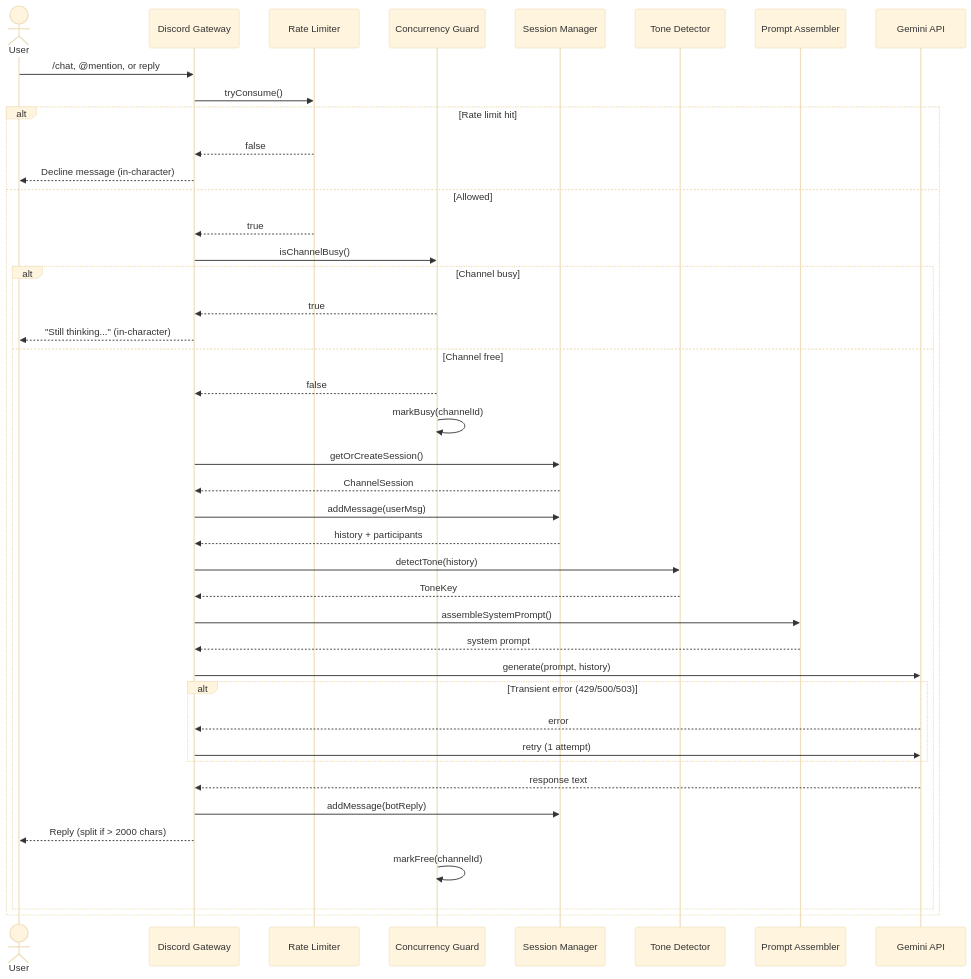
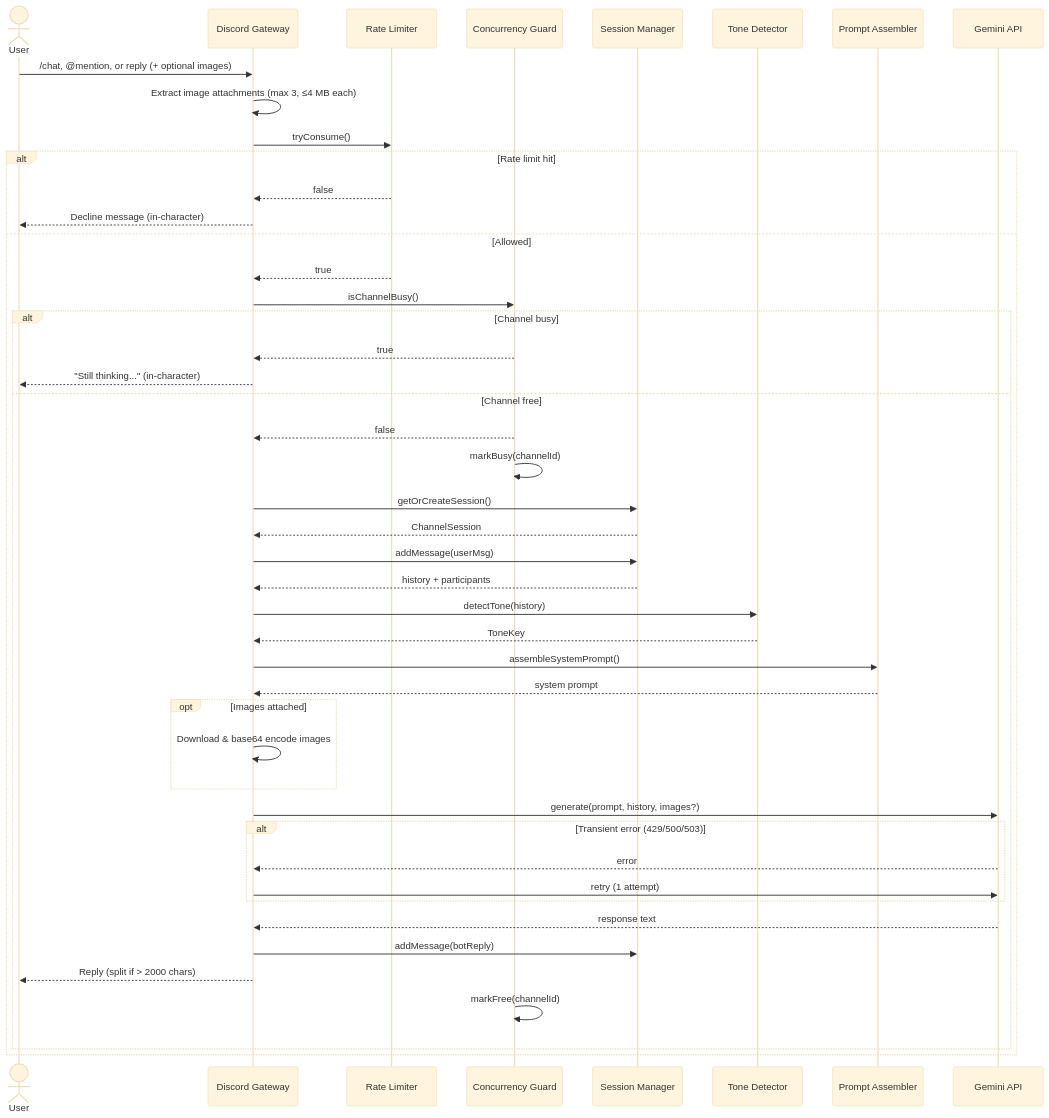
Before and after one commit to AlaskanTuna/rokabot: the third of 3 diagrams in README.md, drawn with Mermaid (base theme). The commit also changed other lines of this file, not shown here.

````diff
--- a/README.md
+++ b/README.md
@@ -209,51 +211,56 @@
 ```mermaid
 sequenceDiagram
     actor User
     participant Discord as Discord Gateway
     participant RL as Rate Limiter
     participant CG as Concurrency Guard
     participant SM as Session Manager
     participant TD as Tone Detector
     participant PA as Prompt Assembler
     participant Gemini as Gemini API
 
-    User->>Discord: /chat, @mention, or reply
+    User->>Discord: /chat, @mention, or reply (+ optional images)
+    Discord->>Discord: Extract image attachments (max 3, ≤4 MB each)
     Discord->>RL: tryConsume()
 
     alt Rate limit hit
         RL-->>Discord: false
         Discord-->>User: Decline message (in-character)
     else Allowed
         RL-->>Discord: true
         Discord->>CG: isChannelBusy()
         alt Channel busy
             CG-->>Discord: true
             Discord-->>User: "Still thinking..." (in-character)
         else Channel free
             CG-->>Discord: false
             CG->>CG: markBusy(channelId)
             Discord->>SM: getOrCreateSession()
             SM-->>Discord: ChannelSession
             Discord->>SM: addMessage(userMsg)
             SM-->>Discord: history + participants
 
             Discord->>TD: detectTone(history)
             TD-->>Discord: ToneKey
 
             Discord->>PA: assembleSystemPrompt()
             PA-->>Discord: system prompt
 
-            Discord->>Gemini: generate(prompt, history)
+            opt Images attached
+                Discord->>Discord: Download & base64 encode images
+            end
+
+            Discord->>Gemini: generate(prompt, history, images?)
 
             alt Transient error (429/500/503)
                 Gemini-->>Discord: error
                 Discord->>Gemini: retry (1 attempt)
             end
 
             Gemini-->>Discord: response text
             Discord->>SM: addMessage(botReply)
             Discord-->>User: Reply (split if > 2000 chars)
             CG->>CG: markFree(channelId)
         end
     end
 ```
````
